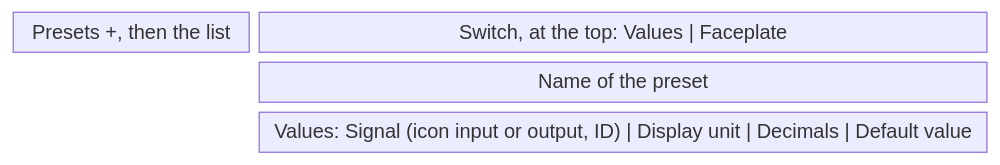
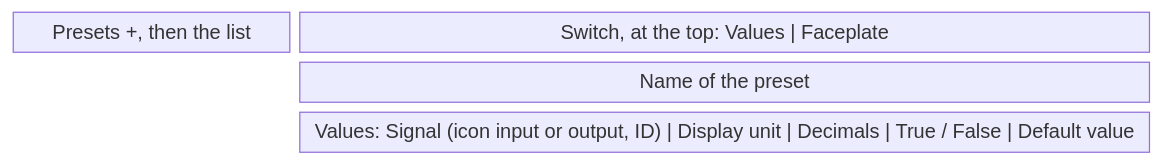
Before and after one commit to AlexandreGallais/synoptic-studio-spec: the tenth of 16 diagrams in screens/metadata.md, drawn with Mermaid. The commit also changed other lines of this file and 2 other files, not shown here.

First line of the commit message:
docs(metadata): move the boolean texts from the signal to the preset

````diff
--- a/screens/metadata.md
+++ b/screens/metadata.md
@@ -346,7 +346,7 @@
 ```mermaid
 block-beta
     columns 4
     list["Presets +, then the list"] sw["Switch, at the top: Values | Faceplate"]:3
     space name["Name of the preset"]:3
-    space values["Values: Signal (icon input or output, ID) | Display unit | Decimals | Default value"]:3
+    space values["Values: Signal (icon input or output, ID) | Display unit | Decimals | True / False | Default value"]:3
 ```
````
